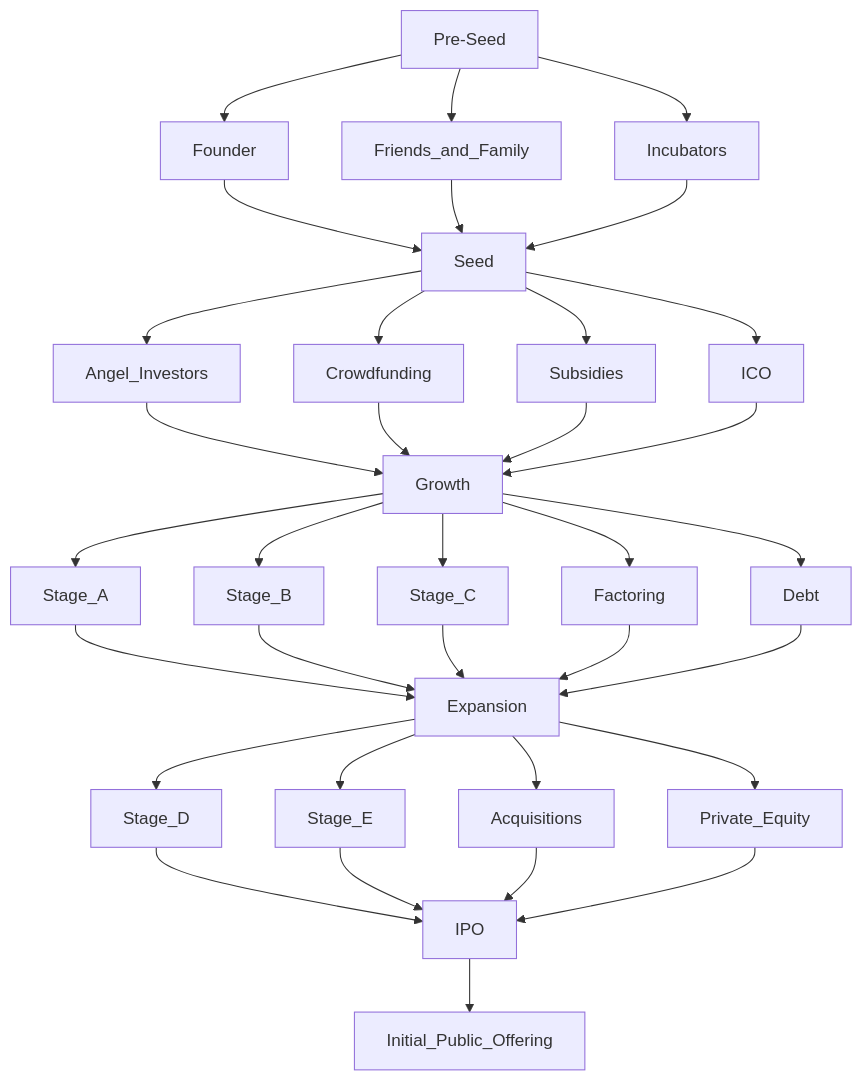
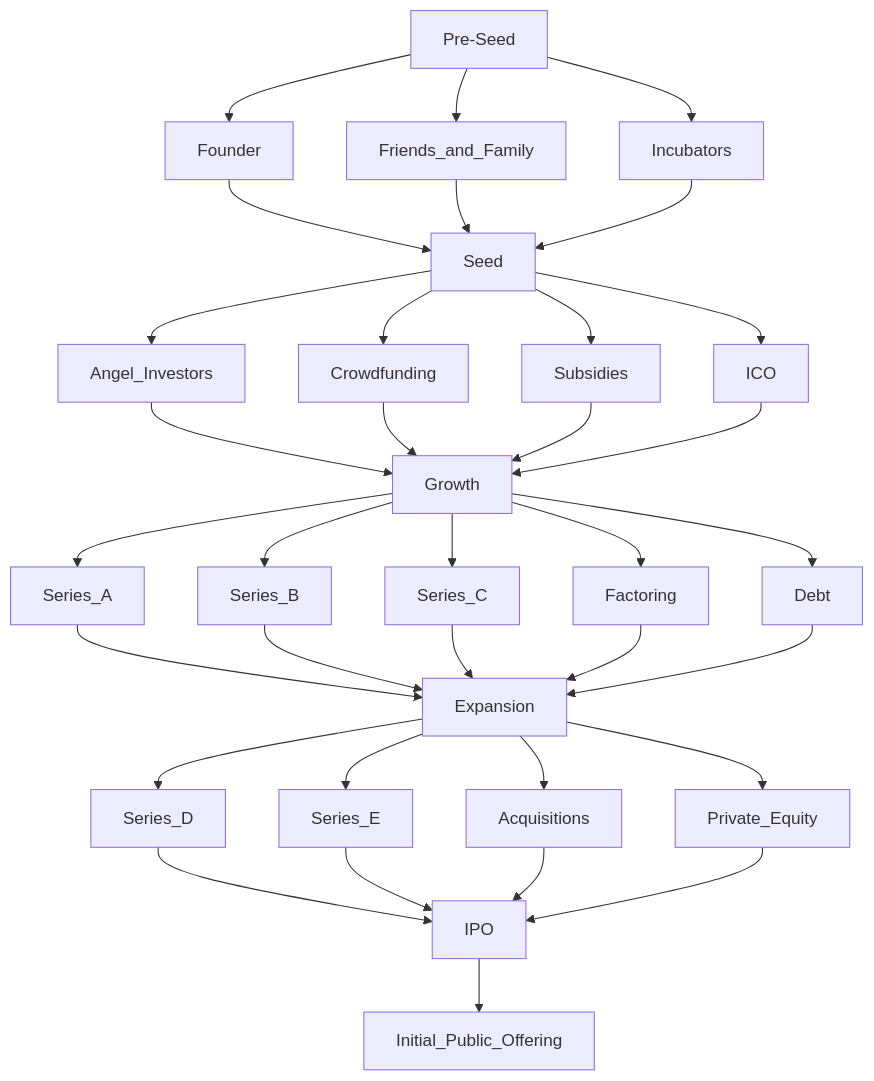
One commit to random-goose/Notes-Vault changed the diagram in IV/IIPME/IIPME III.md. Above: the diagram before and after it, drawn with Mermaid. The commit also changed other lines of this file and 1 other file, not shown here.

Commit message:
vault auto backup: 2024-07-18 23:11:10

````diff
--- a/IV/IIPME/IIPME III.md
+++ b/IV/IIPME/IIPME III.md
@@ -29,45 +29,45 @@
 ```mermaid
 flowchart TD
     Pre-Seed --> Founder
     Pre-Seed --> Friends_and_Family
     Pre-Seed --> Incubators
     
     Seed --> Angel_Investors
     Seed --> Crowdfunding
     Seed --> Subsidies
     Seed --> ICO
     
-    Growth --> Stage_A
-    Growth --> Stage_B
-    Growth --> Stage_C
+    Growth --> Series_A
+    Growth --> Series_B
+    Growth --> Series_C
     Growth --> Factoring
     Growth --> Debt
     
-    Expansion --> Stage_D
-    Expansion --> Stage_E
+    Expansion --> Series_D
+    Expansion --> Series_E
     Expansion --> Acquisitions
     Expansion --> Private_Equity
     
     IPO --> Initial_Public_Offering
 
     Founder --> Seed
     Friends_and_Family --> Seed
     Incubators --> Seed
 
     Angel_Investors --> Growth
     Crowdfunding --> Growth
     Subsidies --> Growth
     ICO --> Growth
 
-    Stage_A --> Expansion
-    Stage_B --> Expansion
-    Stage_C --> Expansion
+    Series_A --> Expansion
+    Series_B --> Expansion
+    Series_C --> Expansion
     Factoring --> Expansion
     Debt --> Expansion
 
-    Stage_D --> IPO
-    Stage_E --> IPO
+    Series_D --> IPO
+    Series_E --> IPO
     Acquisitions --> IPO
     Private_Equity --> IPO
 
 ```
````
